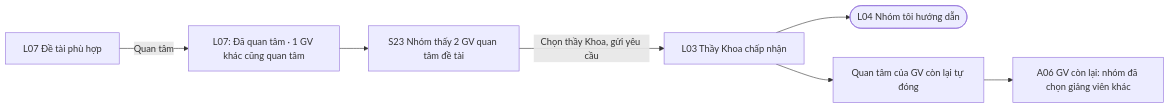
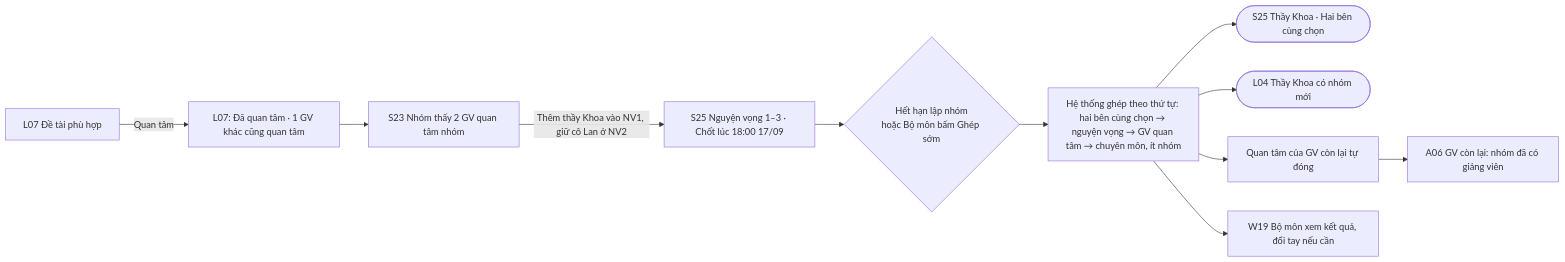
The sixth of 10 diagrams in docs/ux/user-flow.md (nmhthien58/ExeTeamMatching), drawn with Mermaid before and after one commit. The commit also changed other lines of this file and 9 other files, not shown here.

````diff
--- a/docs/ux/user-flow.md
+++ b/docs/ux/user-flow.md
@@ -358,8 +373,12 @@
 ```mermaid
 flowchart LR
     L07[L07 Đề tài phù hợp] -->|Quan tâm| I1[L07: Đã quan tâm · 1 GV khác cũng quan tâm]
-    I1 --> S23[S23 Nhóm thấy 2 GV quan tâm đề tài]
-    S23 -->|Chọn thầy Khoa, gửi yêu cầu| L03[L03 Thầy Khoa chấp nhận]
-    L03 --> L04([L04 Nhóm tôi hướng dẫn])
-    L03 --> X[Quan tâm của GV còn lại tự đóng] --> N[A06 GV còn lại: nhóm đã chọn giảng viên khác]
+    I1 --> S23[S23 Nhóm thấy 2 GV quan tâm nhóm]
+    S23 -->|Thêm thầy Khoa vào NV1, giữ cô Lan ở NV2| S25a[S25 Nguyện vọng 1–3 · Chốt lúc 18:00 17/09]
+    S25a --> D{Hết hạn lập nhóm<br/>hoặc Bộ môn bấm Ghép sớm}
+    D --> G[Hệ thống ghép theo thứ tự: hai bên cùng chọn → nguyện vọng → GV quan tâm → chuyên môn, ít nhóm]
+    G --> S25b([S25 Thầy Khoa · Hai bên cùng chọn])
+    G --> L04([L04 Thầy Khoa có nhóm mới])
+    G --> X[Quan tâm của GV còn lại tự đóng] --> N[A06 GV còn lại: nhóm đã có giảng viên]
+    G --> W19[W19 Bộ môn xem kết quả, đổi tay nếu cần]
 ```
````
